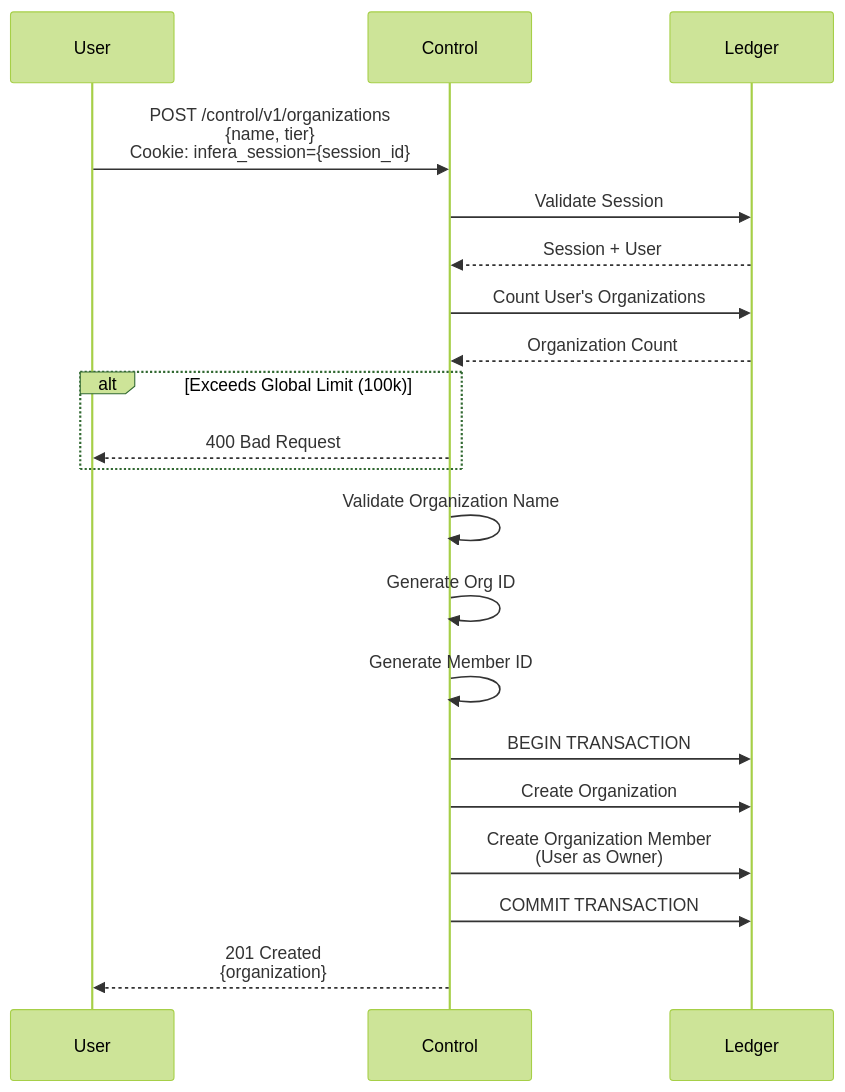
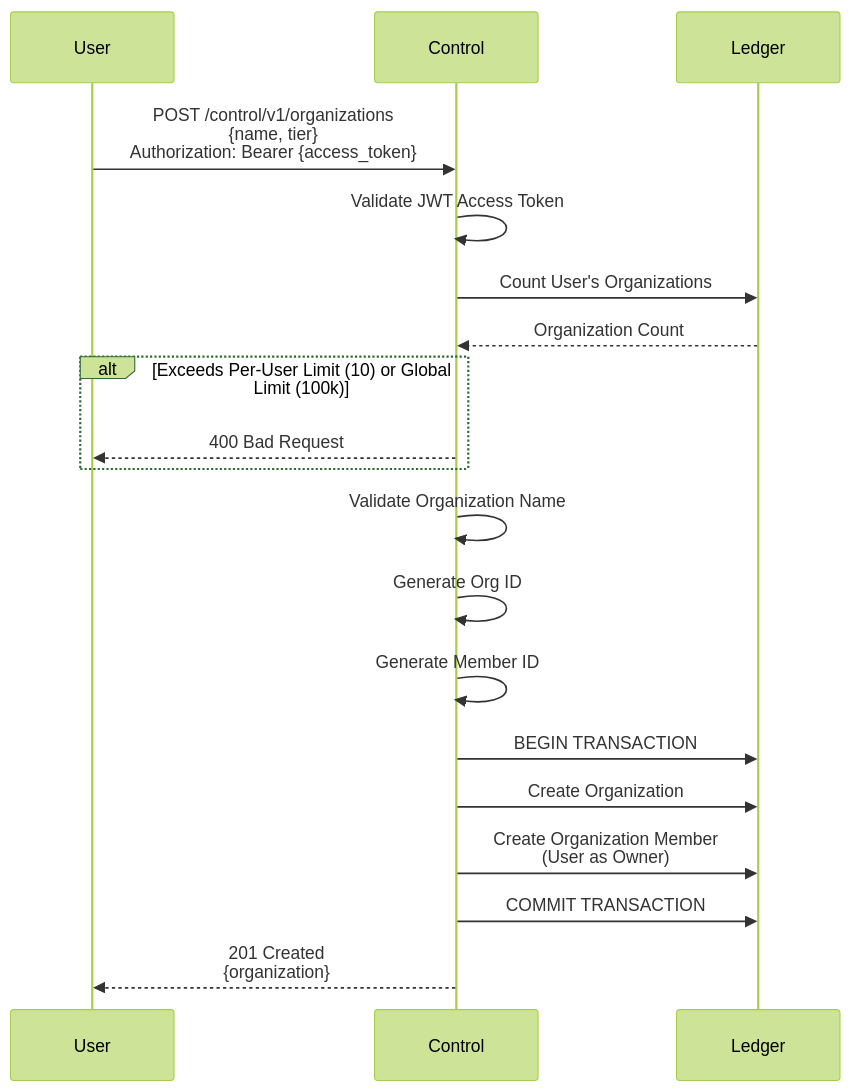
Before and after one commit to inferadb/control: the fourth of 10 diagrams in docs/flows.md, drawn with Mermaid (forest theme). The commit also changed other lines of this file and 46 other files, not shown here.

````diff
--- a/docs/flows.md
+++ b/docs/flows.md
@@ -142,29 +129,28 @@
 ```mermaid
 sequenceDiagram
     participant User
     participant API as Control
     participant DB as Ledger
 
-    User->>API: POST /control/v1/organizations<br/>{name, tier}<br/>Cookie: infera_session={session_id}
+    User->>API: POST /control/v1/organizations<br/>{name, tier}<br/>Authorization: Bearer {access_token}
 
-    API->>DB: Validate Session
-    DB-->>API: Session + User
+    API->>API: Validate JWT Access Token
 
     API->>DB: Count User's Organizations
     DB-->>API: Organization Count
 
-    alt Exceeds Global Limit (100k)
+    alt Exceeds Per-User Limit (10) or Global Limit (100k)
         API-->>User: 400 Bad Request
     end
 
     API->>API: Validate Organization Name
     API->>API: Generate Org ID
     API->>API: Generate Member ID
 
     API->>DB: BEGIN TRANSACTION
     API->>DB: Create Organization
     API->>DB: Create Organization Member<br/>(User as Owner)
     API->>DB: COMMIT TRANSACTION
 
     API-->>User: 201 Created<br/>{organization}
 ```
````
